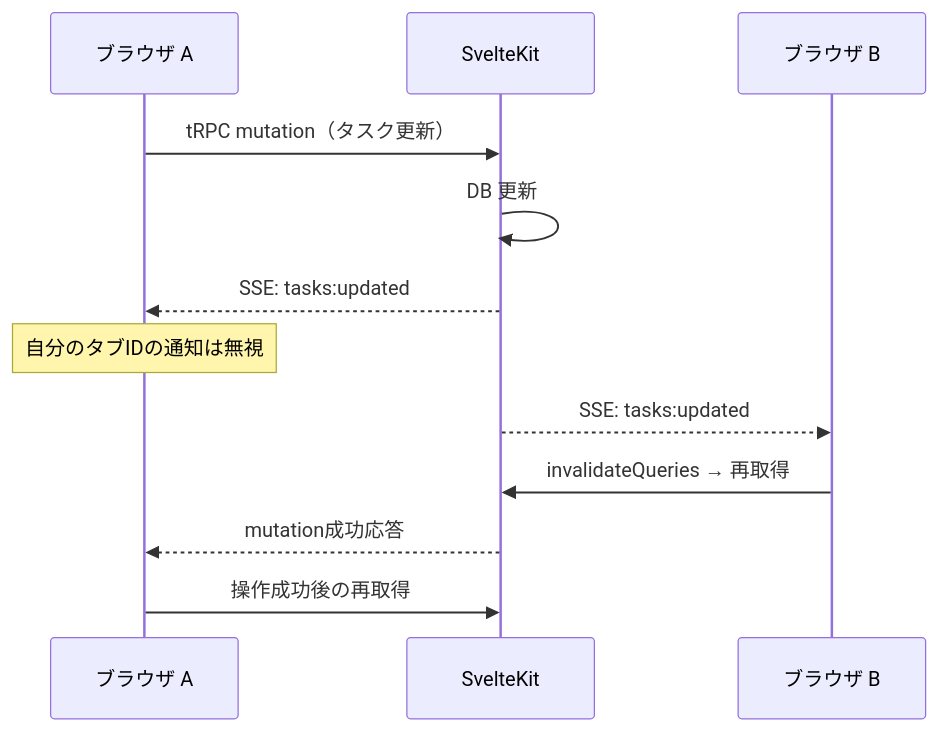
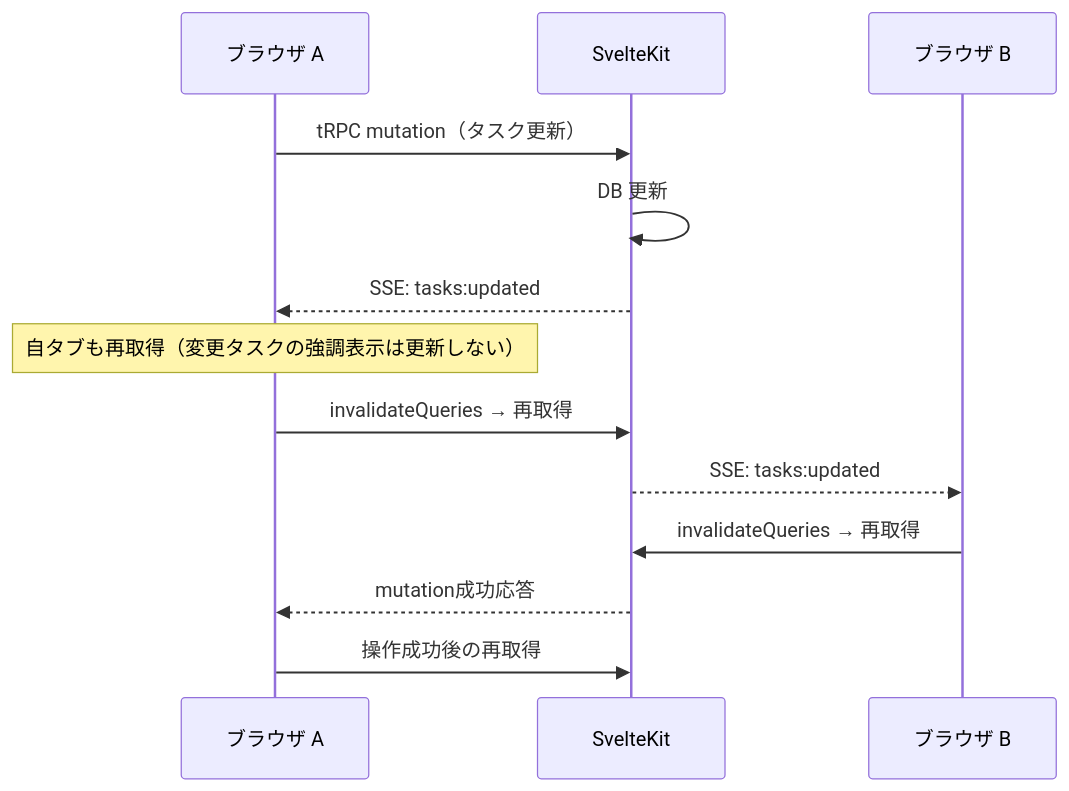
One commit to ak110/GLATasks changed the second of 3 diagrams in docs/development/architecture.md. Above: the diagram before and after it, drawn with Mermaid. The commit also changed other lines of this file and 7 other files, not shown here.

````diff
--- a/docs/development/architecture.md
+++ b/docs/development/architecture.md
@@ -43,15 +43,16 @@
 ```mermaid
 sequenceDiagram
     participant A as ブラウザ A
     participant S as SvelteKit
     participant B as ブラウザ B
 
     A->>S: tRPC mutation（タスク更新）
     S->>S: DB 更新
     S-->>A: SSE: tasks:updated
-    Note over A: 自分のタブIDの通知は無視
+    Note over A: 自タブも再取得（変更タスクの強調表示は更新しない）
+    A->>S: invalidateQueries → 再取得
     S-->>B: SSE: tasks:updated
     B->>S: invalidateQueries → 再取得
     S-->>A: mutation成功応答
     A->>S: 操作成功後の再取得
 ```
````
